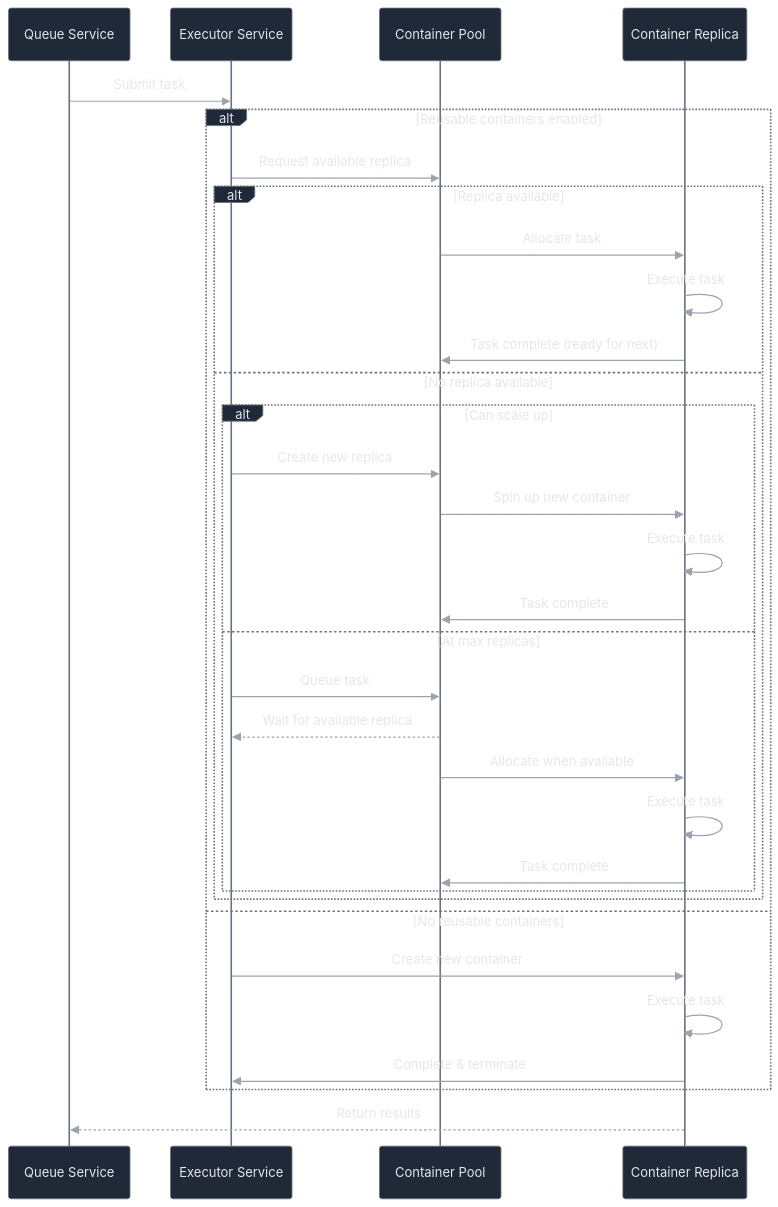
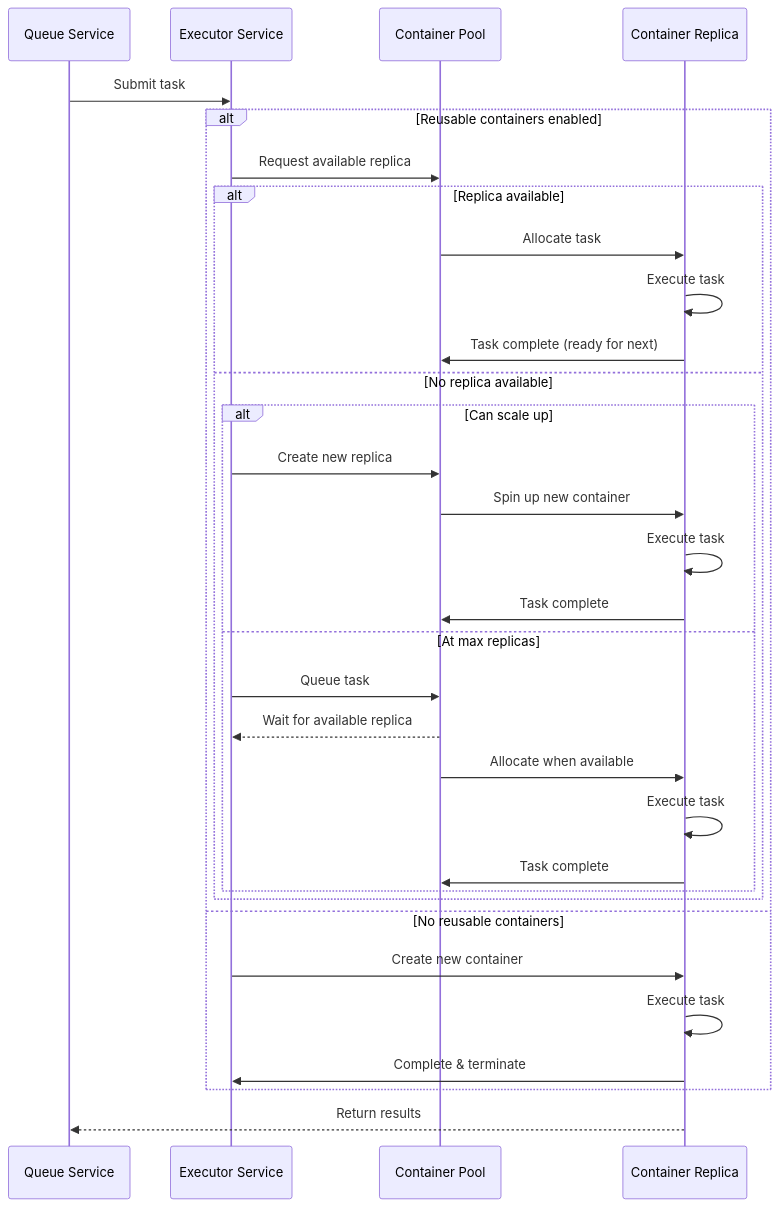
The second of 2 diagrams in content/user-guide/run-scaling/life-of-a-run.md (unionai/unionai-docs), drawn with Mermaid before and after one commit. The commit also changed other lines of this file and 1 other file, not shown here.

Commit message:
Fix mermaid diagrams to be better

````diff
--- a/content/user-guide/run-scaling/life-of-a-run.md
+++ b/content/user-guide/run-scaling/life-of-a-run.md
@@ -184,39 +185,38 @@
 ```mermaid
-%%{init: {'theme':'base', 'themeVariables': { 'primaryColor':'#1f2937', 'primaryTextColor':'#e5e7eb', 'primaryBorderColor':'#6b7280', 'lineColor':'#9ca3af', 'secondaryColor':'#374151', 'tertiaryColor':'#1f2937', 'actorBorder':'#6b7280', 'actorTextColor':'#e5e7eb', 'signalColor':'#9ca3af', 'signalTextColor':'#e5e7eb'}}}%%
 sequenceDiagram
     participant Control as Queue Service
     participant Executor as Executor Service
     participant Pool as Container Pool
     participant Replica as Container Replica
 
     Control->>Executor: Submit task
 
     alt Reusable containers enabled
         Executor->>Pool: Request available replica
 
         alt Replica available
             Pool->>Replica: Allocate task
             Replica->>Replica: Execute task
             Replica->>Pool: Task complete (ready for next)
         else No replica available
             alt Can scale up
                 Executor->>Pool: Create new replica
                 Pool->>Replica: Spin up new container
                 Replica->>Replica: Execute task
                 Replica->>Pool: Task complete
             else At max replicas
                 Executor->>Pool: Queue task
                 Pool-->>Executor: Wait for available replica
                 Pool->>Replica: Allocate when available
                 Replica->>Replica: Execute task
                 Replica->>Pool: Task complete
             end
         end
     else No reusable containers
         Executor->>Replica: Create new container
         Replica->>Replica: Execute task
         Replica->>Executor: Complete & terminate
     end
 
     Replica-->>Control: Return results
 ```
````
